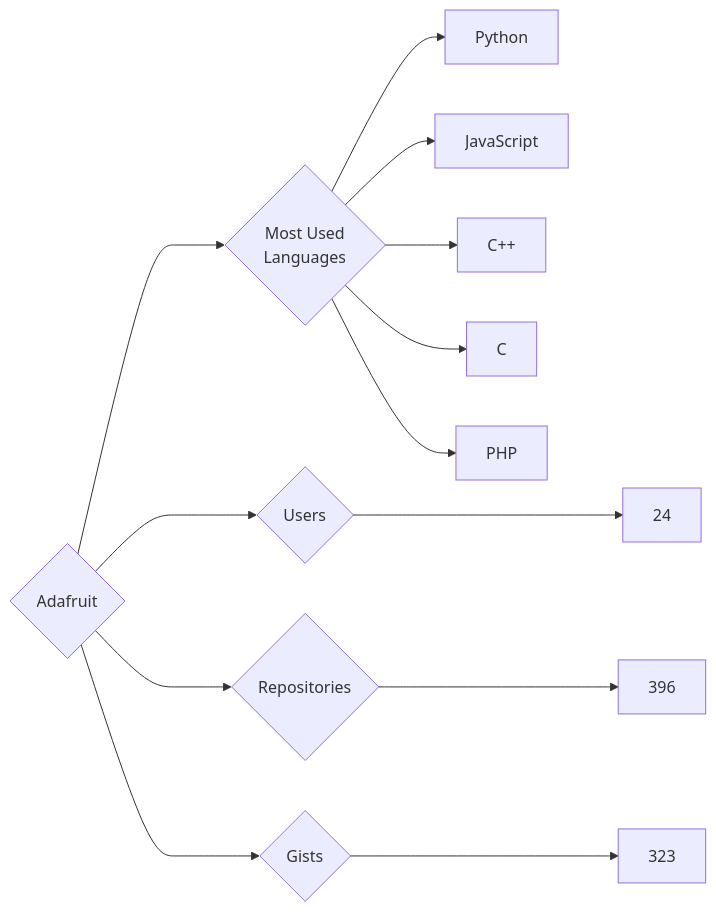
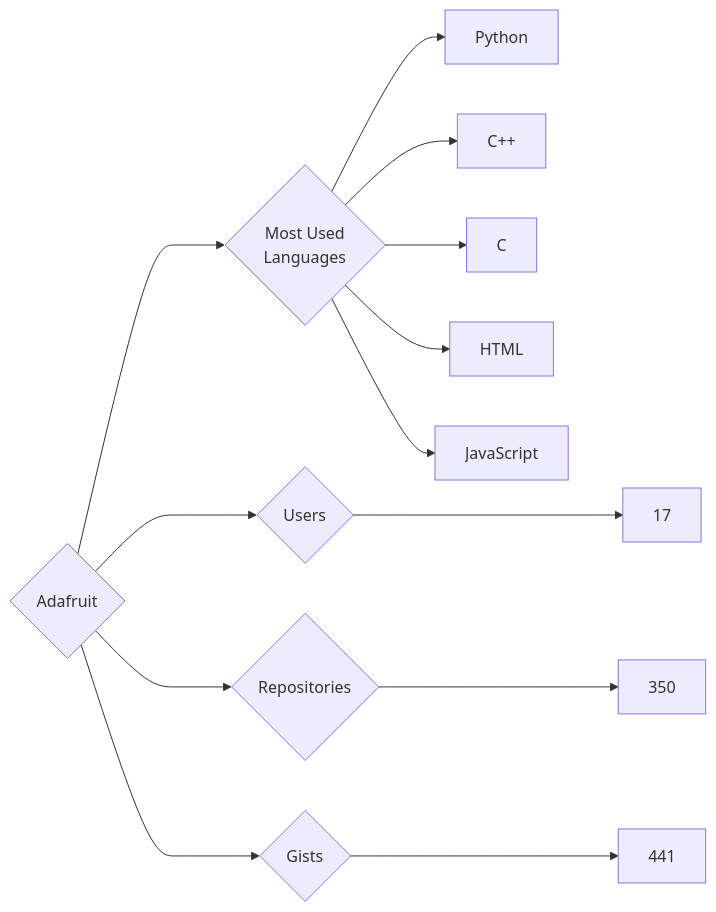
One commit to trickest/insiders changed the diagram in targets/Adafruit/README.md. Above: the diagram before and after it, drawn with Mermaid. The commit also changed 934 other files, not shown here.

````diff
--- a/targets/Adafruit/README.md
+++ b/targets/Adafruit/README.md
@@ -3,13 +3,13 @@
 ```mermaid
 graph LR
 COMPANY_NAME{Adafruit}
-COMPANY_NAME ---> U{Users} ---> UN[24]
-COMPANY_NAME ---> R{Repositories} ---> RN[396]
-COMPANY_NAME ---> G{Gists} ---> GN[323]
+COMPANY_NAME ---> U{Users} ---> UN[17]
+COMPANY_NAME ---> R{Repositories} ---> RN[350]
+COMPANY_NAME ---> G{Gists} ---> GN[441]
 COMPANY_NAME ---> ML{Most Used<br>Languages}
 ML --> Python[Python]
-ML --> JavaScript[JavaScript]
 ML --> C++[C++]
 ML --> C[C]
-ML --> PHP[PHP]
+ML --> HTML[HTML]
+ML --> JavaScript[JavaScript]
 ```
````
